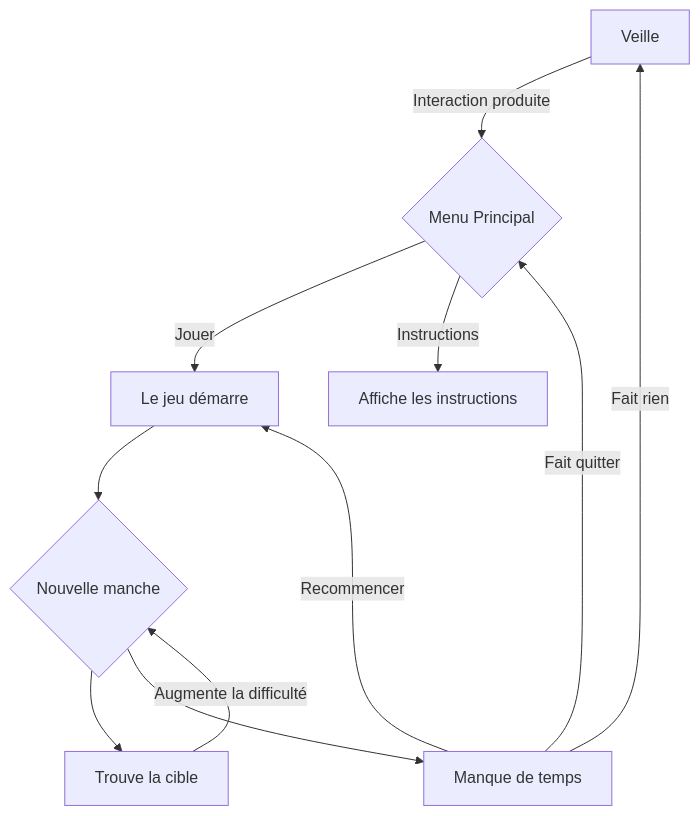
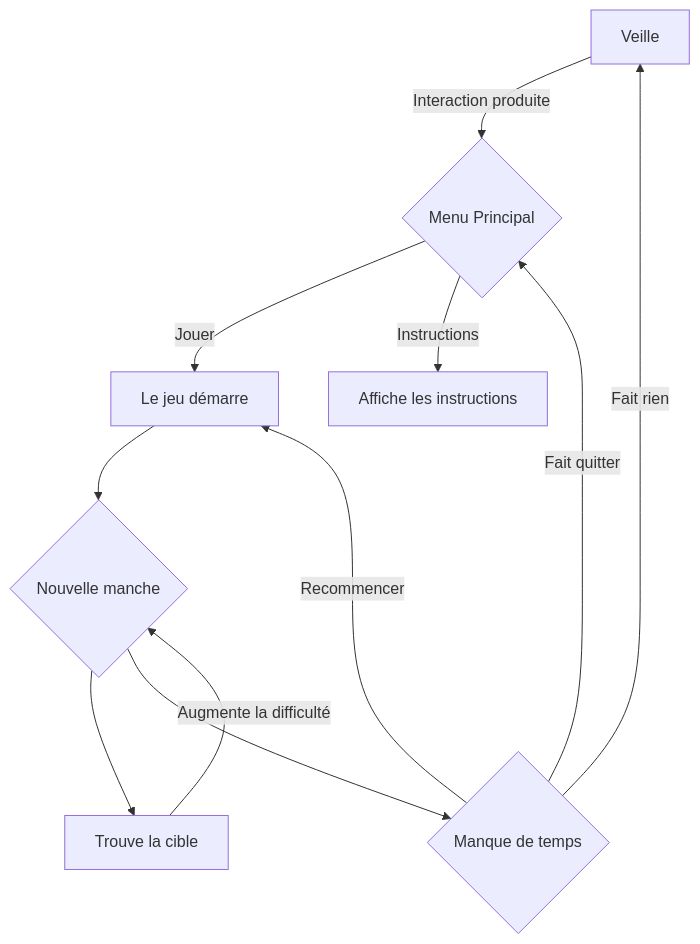
One commit to Marexillius/gestionMultimedia2 changed the diagram in README.md. Above: the diagram before and after it, drawn with Mermaid.

Commit message:
fixé le scénario

````diff
--- a/README.md
+++ b/README.md
@@ -10,13 +10,13 @@
 ```mermaid
 flowchart TD
     A[Veille] -->|Interaction produite| B{Menu Principal}
     B -->|Jouer| D[Le jeu démarre]
     B -->|Instructions| E[Affiche les instructions]
     D --> F{Nouvelle manche}
     F --> G[Trouve la cible]
-    F --> H[Manque de temps]
+    F --> H{Manque de temps}
     G -->|Augmente la difficulté| F
     H -->|Fait quitter| B
     H -->|Fait rien| A
     H -->|Recommencer| D
 ```
````
